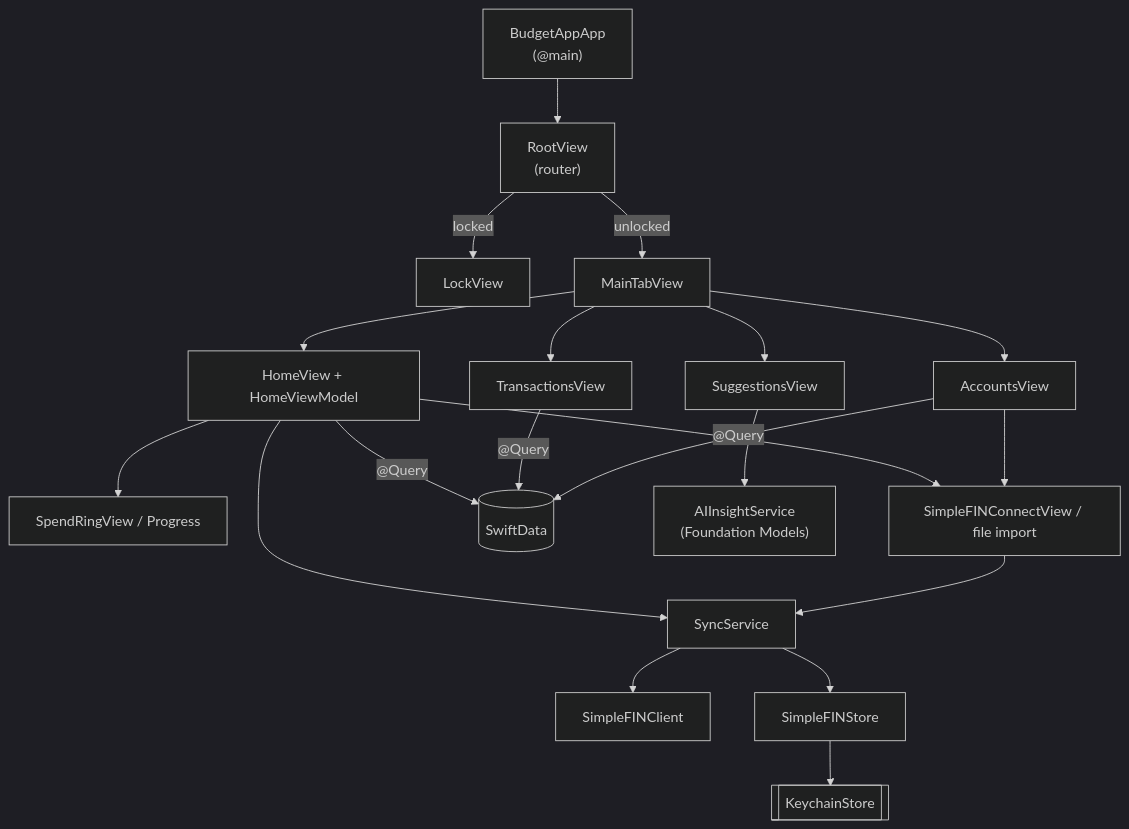
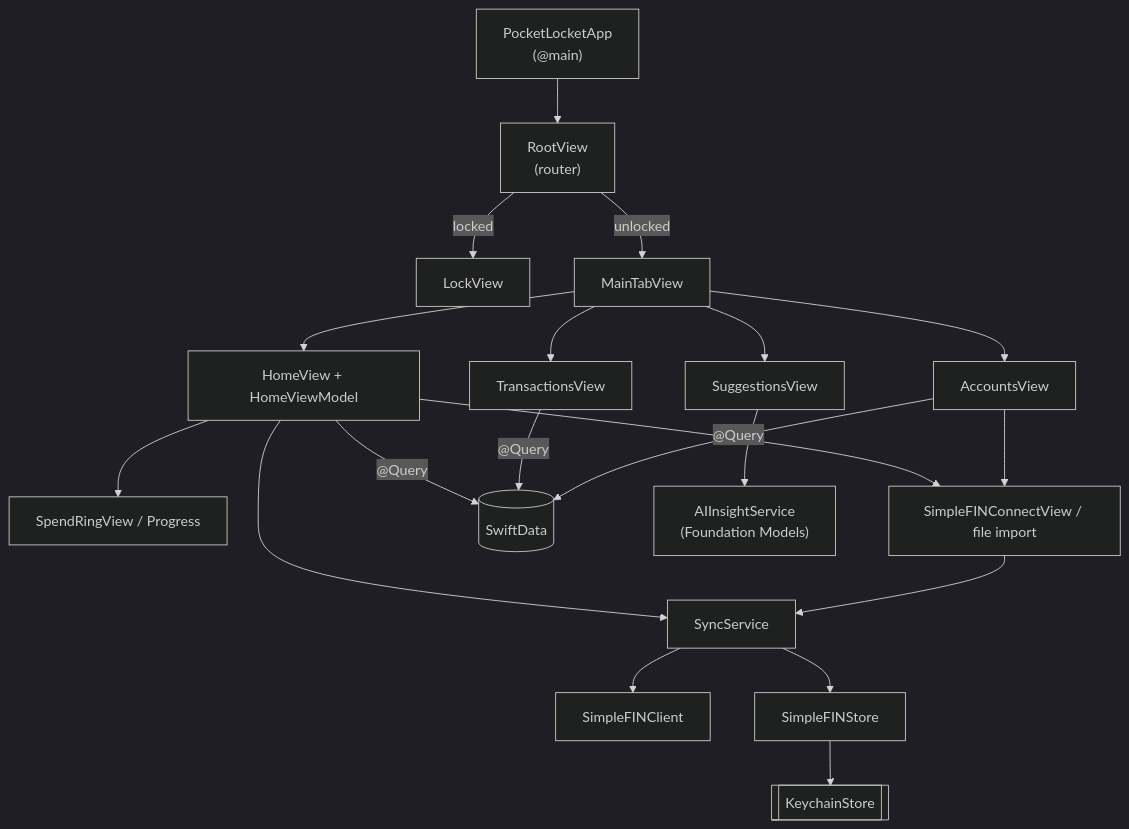
Before and after one commit to VamsiRatnakaram/PocketLocket: the second of 7 diagrams in docs/ARCHITECTURE.md, drawn with Mermaid (dark theme). The commit also changed other lines of this file and 101 other files, not shown here.

````diff
--- a/docs/ARCHITECTURE.md
+++ b/docs/ARCHITECTURE.md
@@ -86,20 +86,20 @@
 ```mermaid
 flowchart TD
-    App["BudgetAppApp\n(@main)"] --> Root["RootView\n(router)"]
+    App["PocketLocketApp\n(@main)"] --> Root["RootView\n(router)"]
     Root -->|locked| Lock["LockView"]
     Root -->|unlocked| Tabs["MainTabView"]
 
     Tabs --> Home["HomeView + HomeViewModel"]
     Tabs --> Txns["TransactionsView"]
     Tabs --> Accts["AccountsView"]
     Tabs --> Save["SuggestionsView"]
     Home --> Ring["SpendRingView / Progress"]
     Home & Accts --> Connect["SimpleFINConnectView / file import"]
 
     Home & Txns & Accts -->|"@Query"| SD[("SwiftData")]
     Home & Connect --> Sync["SyncService"]
     Sync --> SFC["SimpleFINClient"]
     Sync --> Store["SimpleFINStore"]
     Store --> KC[["KeychainStore"]]
     Save --> AI["AIInsightService\n(Foundation Models)"]
 ```
````
